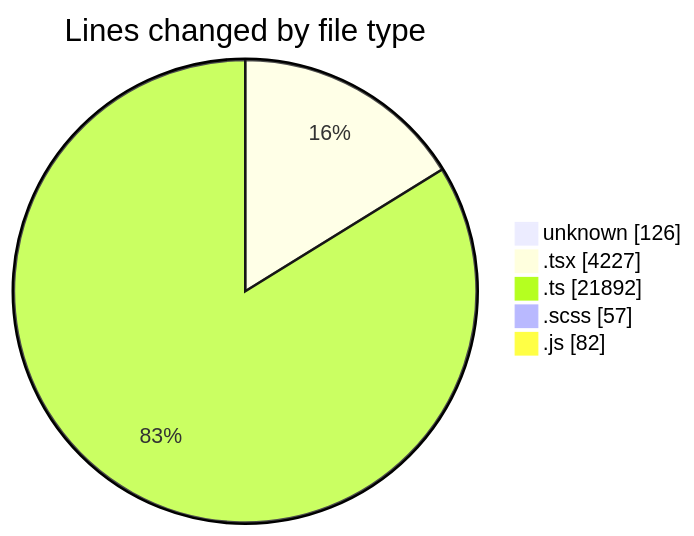
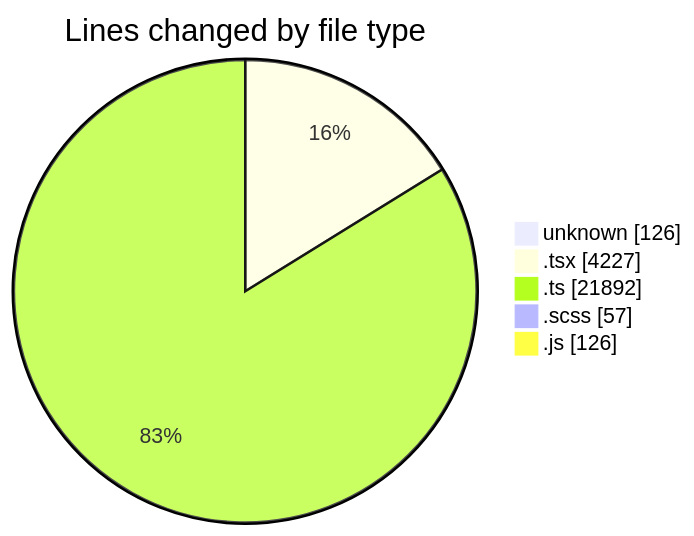
Before and after one commit to momahboobian/code-tracking: the first of 2 diagrams in 2026-09-23/cda/README.md, drawn with Mermaid. The commit also changed other lines of this file and 1 other file, not shown here.

````diff
--- a/2026-09-23/cda/README.md
+++ b/2026-09-23/cda/README.md
@@ -47,9 +47,9 @@
 ```mermaid
 pie showData
 title Lines changed by file type
 "unknown" : 126
 ".tsx" : 4227
 ".ts" : 21892
 ".scss" : 57
-".js" : 82
+".js" : 126
 ```
````
